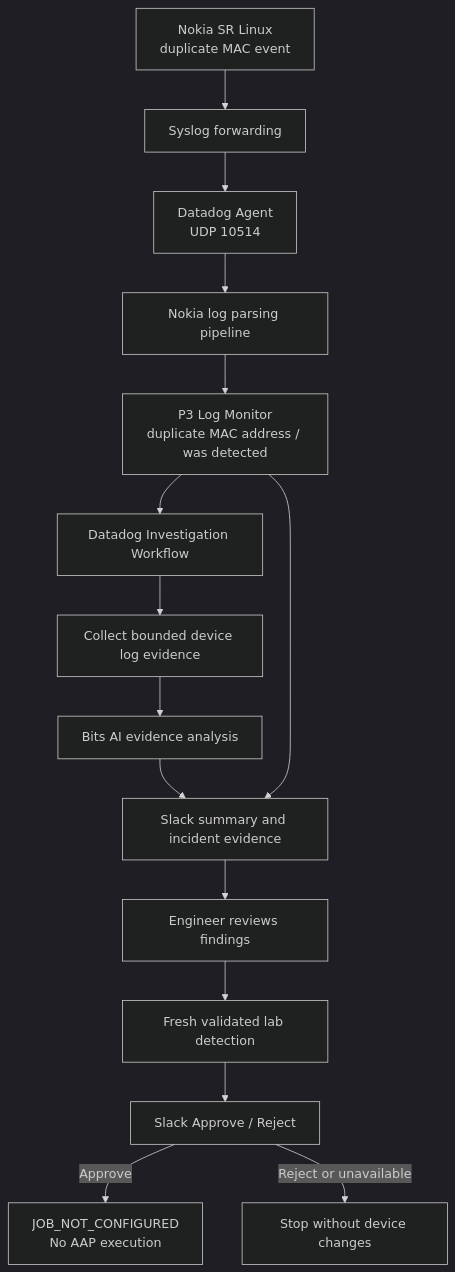
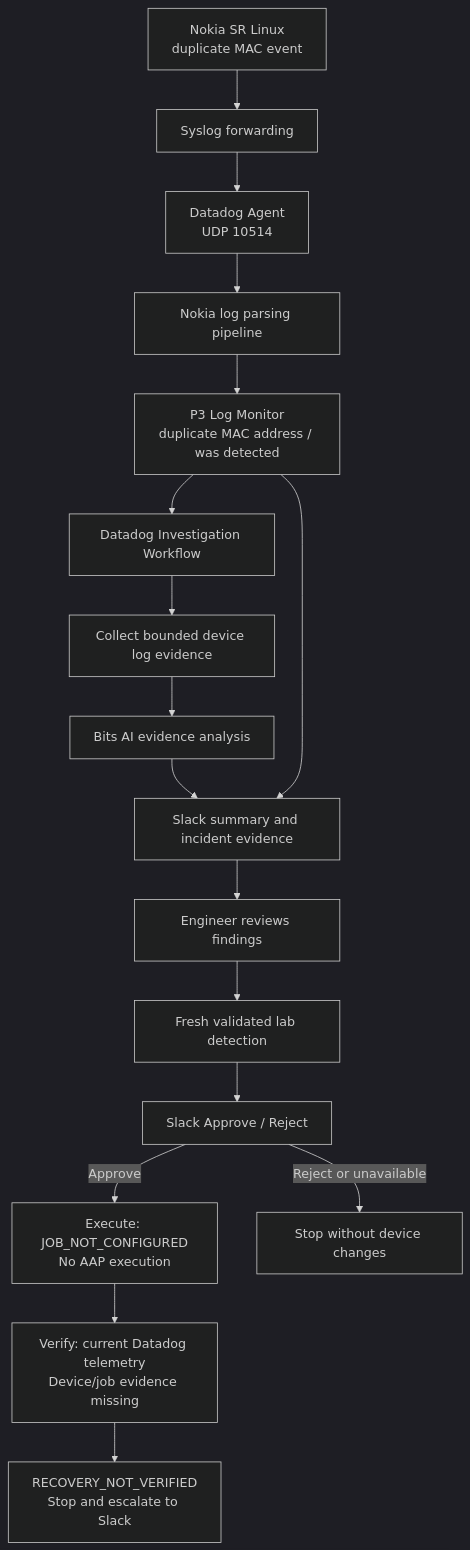
One commit to avecenabasuni/mac-flapping-aiops changed the second of 3 diagrams in README.md. Above: the diagram before and after it, drawn with Mermaid (dark theme). The commit also changed other lines of this file and 7 other files, not shown here.

Commit message:
Add inactive Execute stage, live verification reads and recovery escalation

````diff
--- a/README.md
+++ b/README.md
@@ -50,17 +50,19 @@
 ```mermaid
 flowchart TD
     SW["Nokia SR Linux<br/>duplicate MAC event"] --> SYS["Syslog forwarding"]
     SYS --> AGENT["Datadog Agent<br/>UDP 10514"]
     AGENT --> PIPE["Nokia log parsing pipeline"]
     PIPE --> MON["P3 Log Monitor<br/>duplicate MAC address / was detected"]
     MON --> INVEST["Datadog Investigation Workflow"]
     INVEST --> FETCH["Collect bounded device log evidence"]
     FETCH --> AI["Bits AI evidence analysis"]
     AI --> SLACK["Slack summary and incident evidence"]
     MON --> SLACK
     SLACK --> HUMAN["Engineer reviews findings"]
     HUMAN --> GATE["Fresh validated lab detection"]
     GATE --> DECISION["Slack Approve / Reject"]
-    DECISION -->|Approve| PLACEHOLDER["JOB_NOT_CONFIGURED<br/>No AAP execution"]
+    DECISION -->|Approve| PLACEHOLDER["Execute: JOB_NOT_CONFIGURED<br/>No AAP execution"]
+    PLACEHOLDER --> VERIFY["Verify: current Datadog telemetry<br/>Device/job evidence missing"]
+    VERIFY --> ESCALATE["RECOVERY_NOT_VERIFIED<br/>Stop and escalate to Slack"]
     DECISION -->|Reject or unavailable| STOP["Stop without device changes"]
 ```
````
